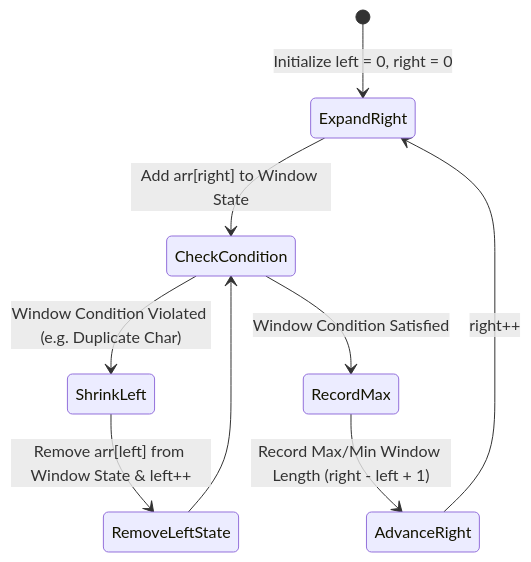
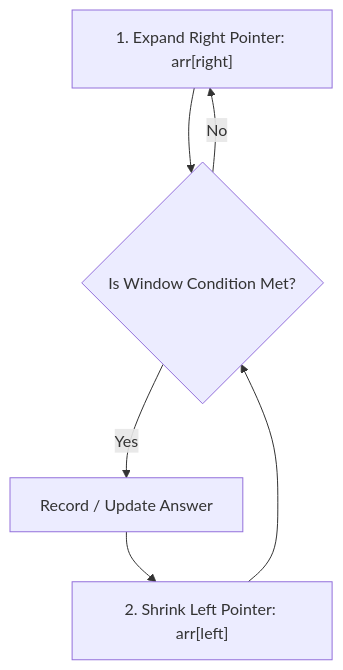
Before and after one commit to Amie-dev/engineering-playbook: the second of 2 diagrams in js-dsa/18-sliding-window.md, drawn with Mermaid. The commit also changed other lines of this file and 24 other files, not shown here.

````diff
--- a/js-dsa/18-sliding-window.md
+++ b/js-dsa/18-sliding-window.md
@@ -24,15 +80,8 @@
 ```mermaid
-stateDiagram-v2
-    [*] --> ExpandRight: Initialize left = 0, right = 0
-    ExpandRight --> CheckCondition: Add arr[right] to Window State
-    
-    state CheckCondition <<choice>>
-    CheckCondition --> ShrinkLeft: Window Condition Violated (e.g. Duplicate Char)
-    CheckCondition --> RecordMax: Window Condition Satisfied
-
-    ShrinkLeft --> RemoveLeftState: Remove arr[left] from Window State & left++
-    RemoveLeftState --> CheckCondition
-
-    RecordMax --> AdvanceRight: Record Max/Min Window Length (right - left + 1)
-    AdvanceRight --> ExpandRight: right++
+flowchart TD
+    ExpandRight["1. Expand Right Pointer: arr[right]"] --> CheckCondition{Is Window Condition Met?}
+    CheckCondition -->|No| ExpandRight
+    CheckCondition -->|Yes| RecordState["Record / Update Answer"]
+    RecordState --> ShrinkLeft["2. Shrink Left Pointer: arr[left]"]
+    ShrinkLeft --> CheckCondition
 ```
````
